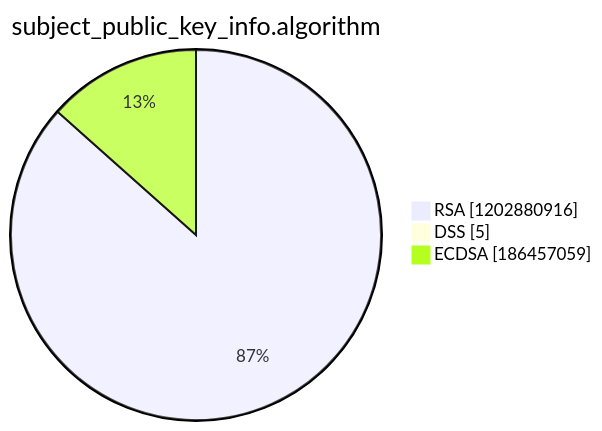
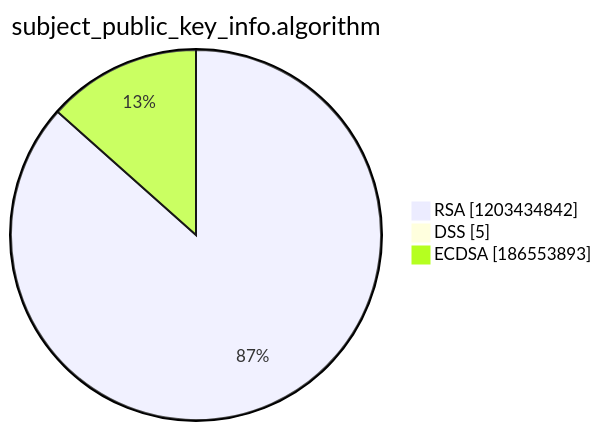
The third of 15 diagrams in argon2022/README.md (christiankrug/ctmonitor_visualization), drawn with Mermaid before and after one commit. The commit also changed other lines of this file, not shown here.

````diff
--- a/argon2022/README.md
+++ b/argon2022/README.md
@@ -14,7 +14,7 @@
 ```mermaid
 pie showData
 title subject_public_key_info.algorithm
-"RSA" :1202880916
+"RSA" :1203434842
 "DSS" :5
-"ECDSA" :186457059
+"ECDSA" :186553893
 ```
````
